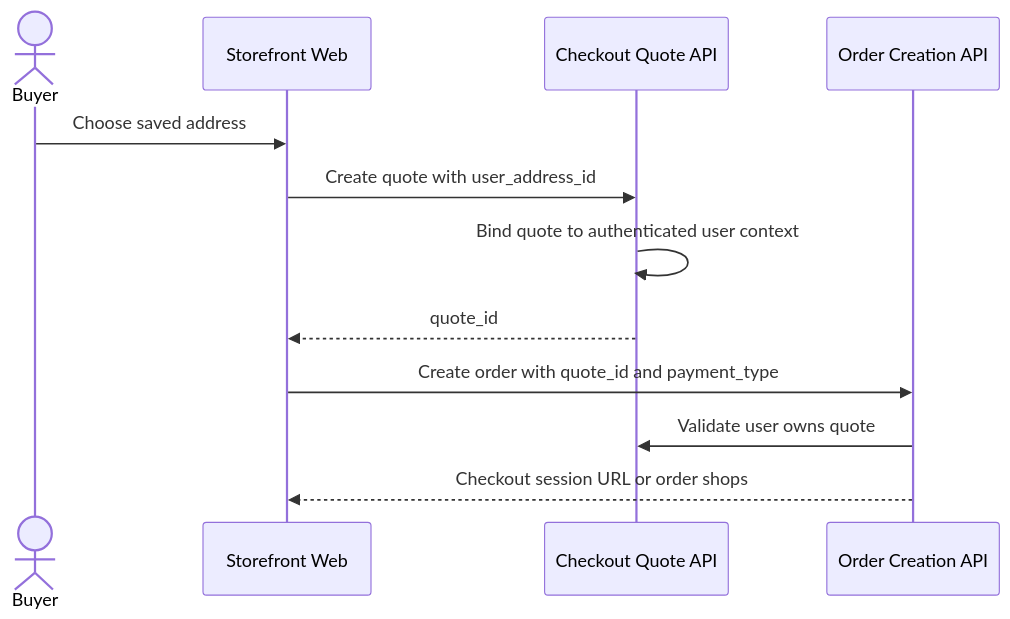
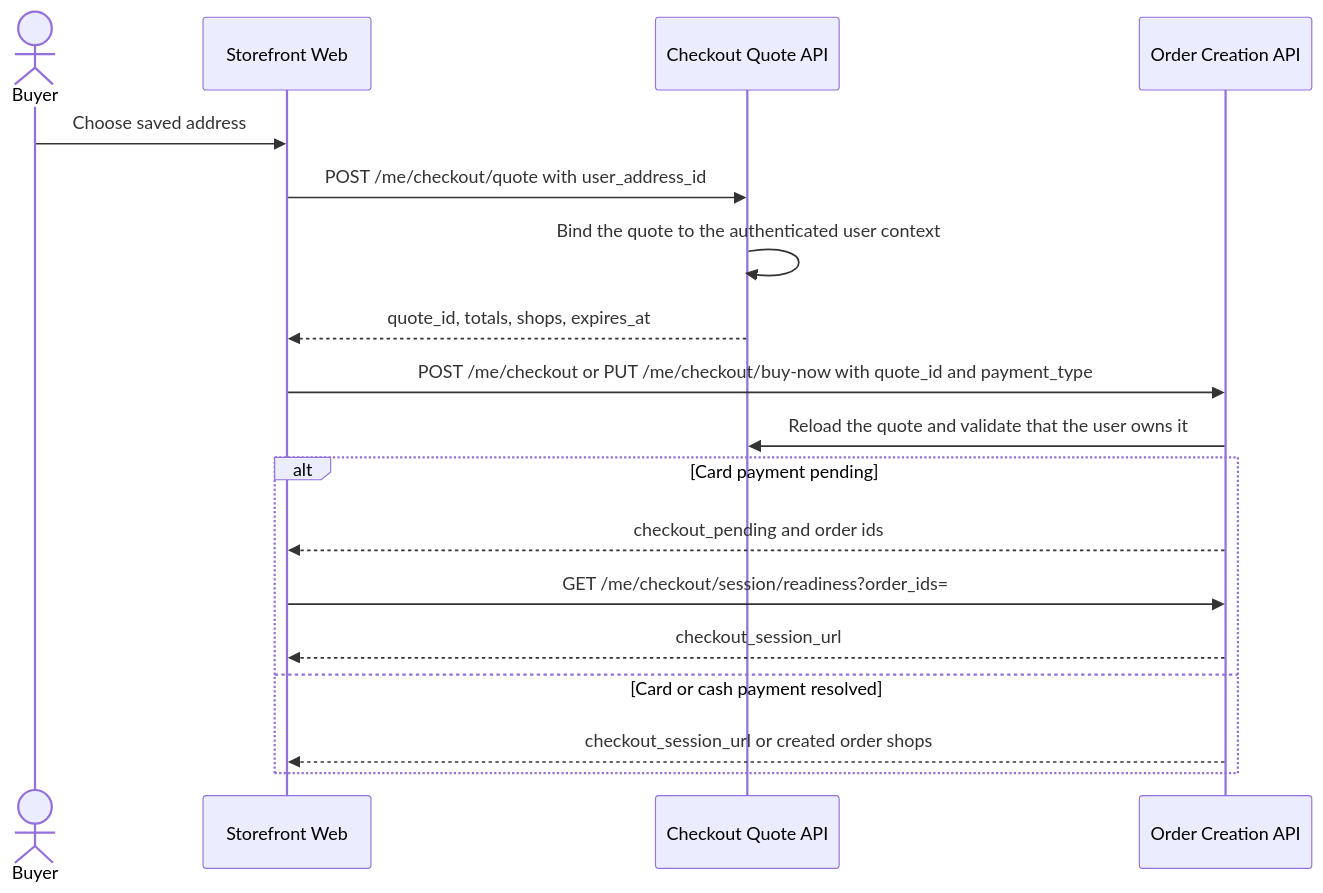
Before and after one commit to dauphaihau-arc/arc: the diagram in docs/features/checkout/flows/authenticated-buyer.md, drawn with Mermaid. The commit also changed other lines of this file and 19 other files, not shown here.

Commit message:
docs(checkout): align checkout flows with implemented API contracts

````diff
--- a/docs/features/checkout/flows/authenticated-buyer.md
+++ b/docs/features/checkout/flows/authenticated-buyer.md
@@ -5,15 +5,21 @@
 ```mermaid
 sequenceDiagram
     actor Buyer
     participant Web as Storefront Web
     participant Quote as Checkout Quote API
     participant Order as Order Creation API
 
     Buyer->>Web: Choose saved address
-    Web->>Quote: Create quote with user_address_id
-    Quote->>Quote: Bind quote to authenticated user context
-    Quote-->>Web: quote_id
-    Web->>Order: Create order with quote_id and payment_type
-    Order->>Quote: Validate user owns quote
-    Order-->>Web: Checkout session URL or order shops
+    Web->>Quote: POST /me/checkout/quote with user_address_id
+    Quote->>Quote: Bind the quote to the authenticated user context
+    Quote-->>Web: quote_id, totals, shops, expires_at
+    Web->>Order: POST /me/checkout or PUT /me/checkout/buy-now with quote_id and payment_type
+    Order->>Quote: Reload the quote and validate that the user owns it
+    alt Card payment pending
+        Order-->>Web: checkout_pending and order ids
+        Web->>Order: GET /me/checkout/session/readiness?order_ids=
+        Order-->>Web: checkout_session_url
+    else Card or cash payment resolved
+        Order-->>Web: checkout_session_url or created order shops
+    end
 ```
````
